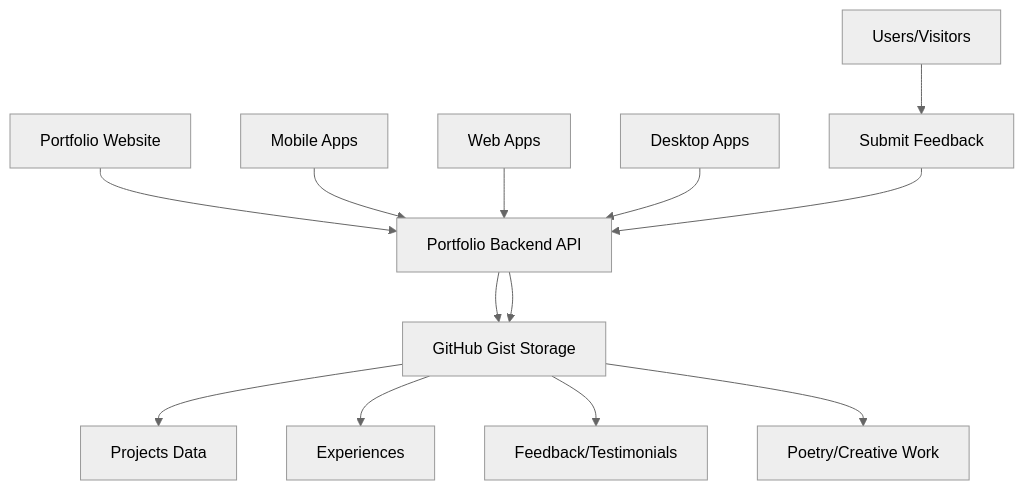
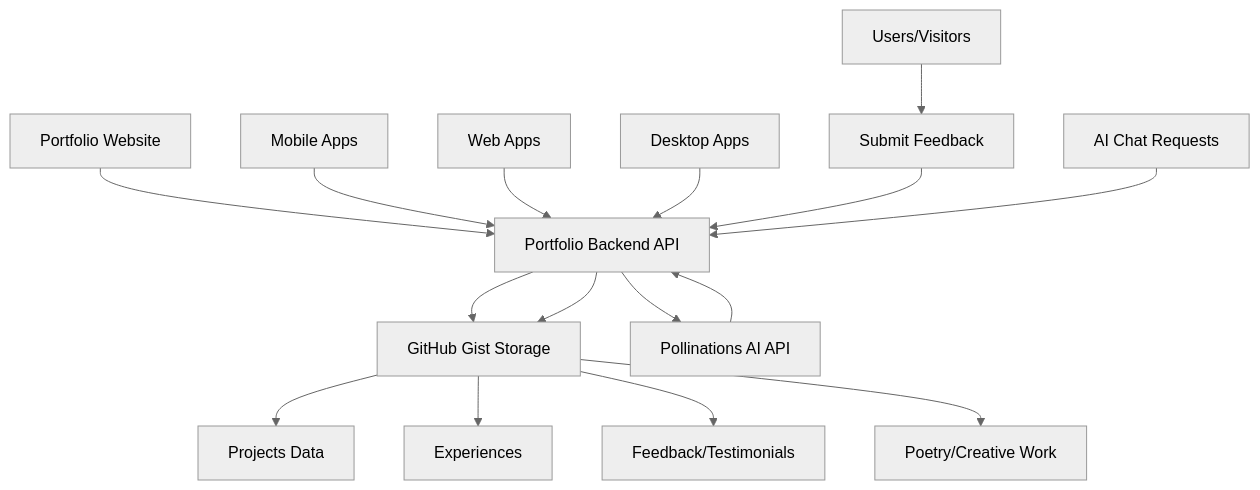
One commit to RyannKim327/portfolio-backend changed the diagram in README.md. Above: the diagram before and after it, drawn with Mermaid (neutral theme). The commit also changed other lines of this file, not shown here.

````diff
--- a/README.md
+++ b/README.md
@@ -53,18 +102,22 @@
 ```mermaid
 flowchart TD
     A[Portfolio Website] --> B[Portfolio Backend API]
     C[Mobile Apps] --> B
     D[Web Apps] --> B
     E[Desktop Apps] --> B
     
     B --> F[GitHub Gist Storage]
     
     F --> G[Projects Data]
     F --> H[Experiences]
     F --> I[Feedback/Testimonials]
     F --> J[Poetry/Creative Work]
     
     K[Users/Visitors] --> L[Submit Feedback]
     L --> B
     B --> F
+    
+    M[AI Chat Requests] --> B
+    B --> N[Pollinations AI API]
+    N --> B
 ```
````
